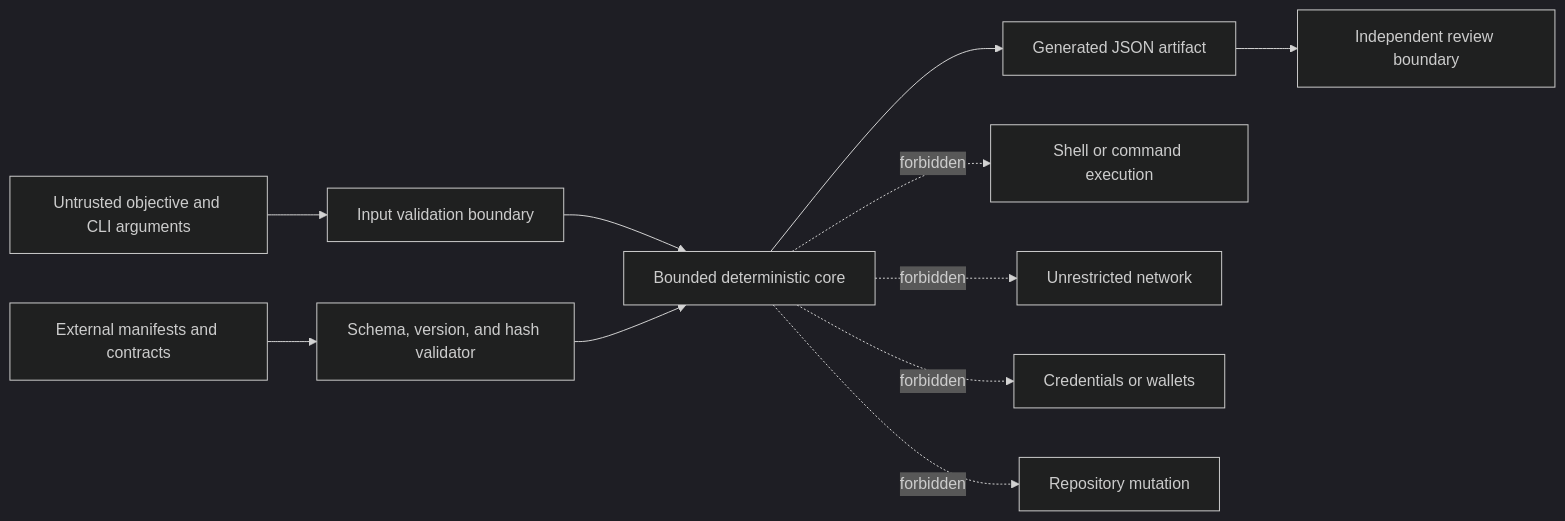
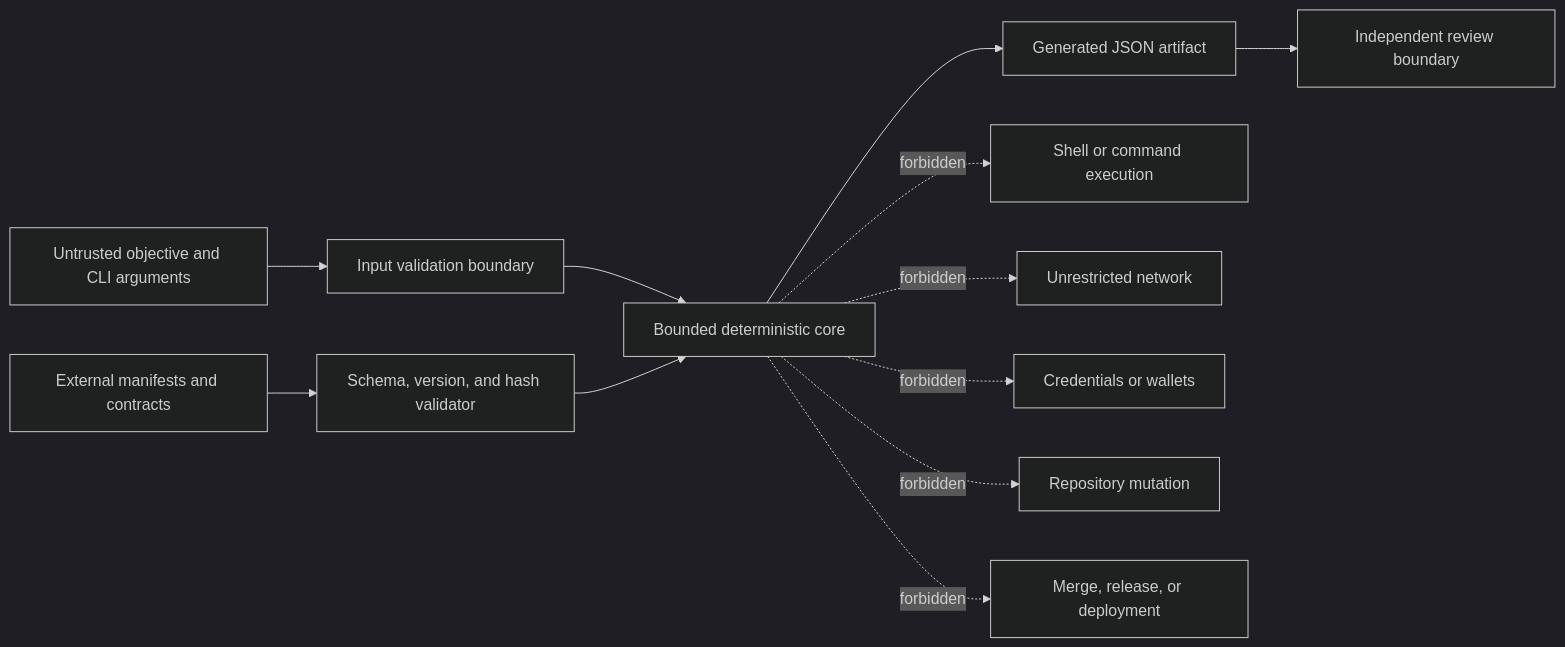
The fifth of 6 diagrams in docs/ARCHITECTURE.md (aevespers2/QSO-FABRIC), drawn with Mermaid (dark theme) before and after one commit. The commit also changed other lines of this file, not shown here.

Commit message:
docs: place fabric inside canonical system architecture

````diff
--- a/docs/ARCHITECTURE.md
+++ b/docs/ARCHITECTURE.md
@@ -125,14 +155,15 @@
 ```mermaid
 flowchart LR
     U[Untrusted objective and CLI arguments] --> B[Input validation boundary]
     B --> C[Bounded deterministic core]
     C --> J[Generated JSON artifact]
     J --> D[Independent review boundary]
     M[External manifests and contracts] --> S[Schema, version, and hash validator]
     S --> C
 
     C -. forbidden .-> SH[Shell or command execution]
     C -. forbidden .-> NW[Unrestricted network]
     C -. forbidden .-> CR[Credentials or wallets]
     C -. forbidden .-> RW[Repository mutation]
+    C -. forbidden .-> DP[Merge, release, or deployment]
 ```
````
